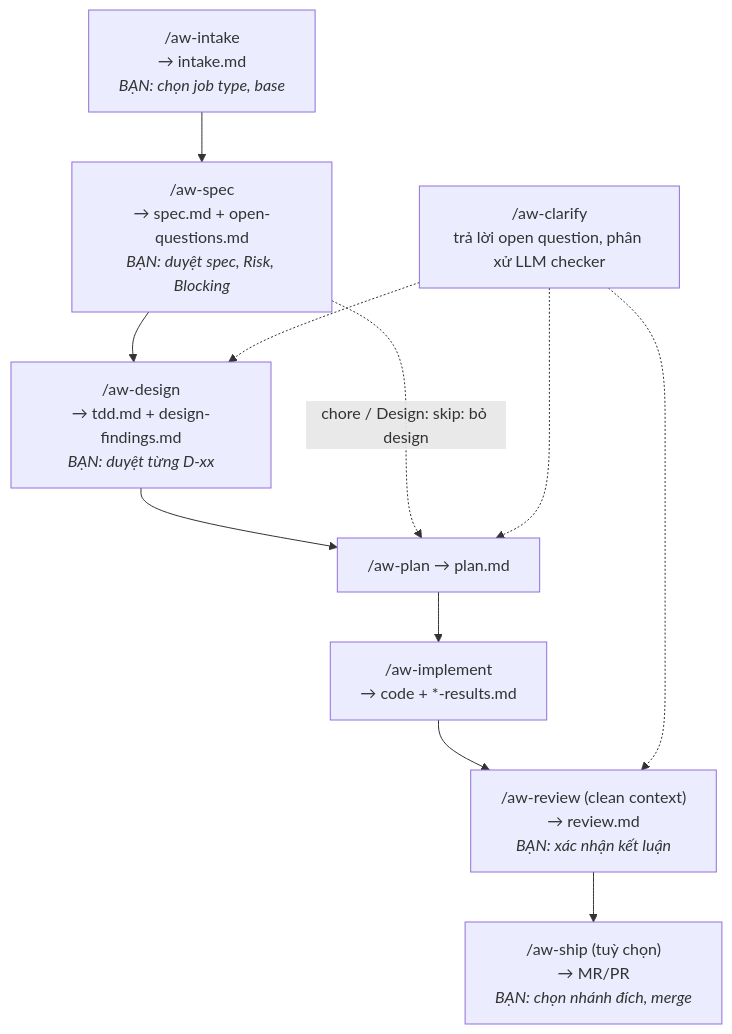
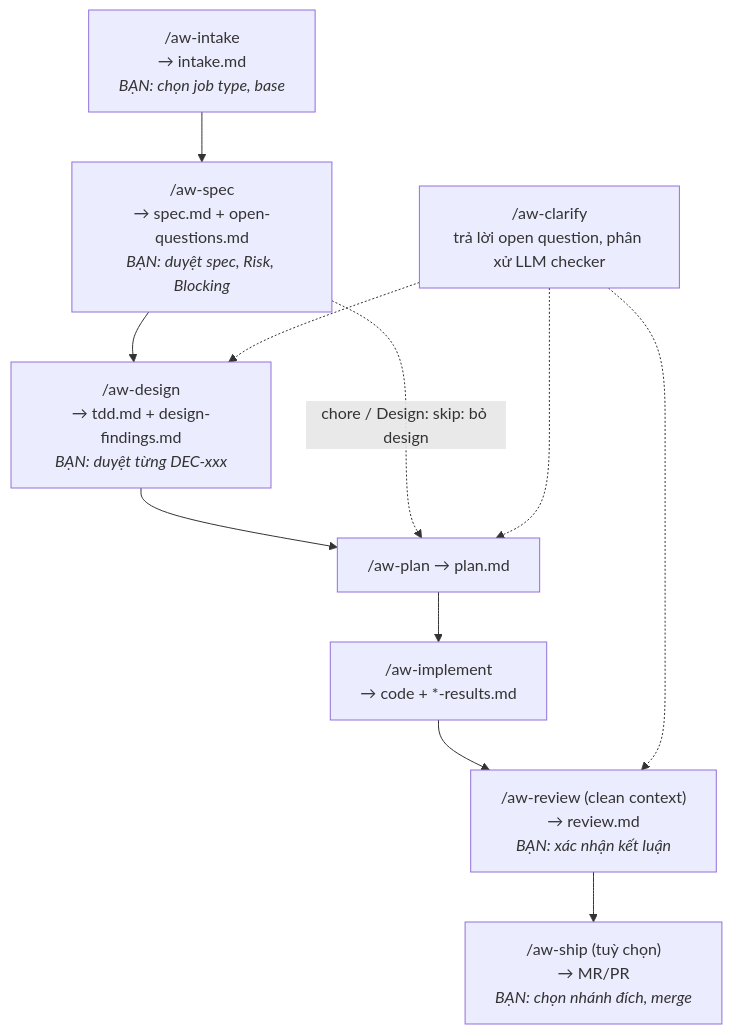
The diagram in docs/huong-dan.md (dangminhphuc/agent-workflow), drawn with Mermaid before and after one commit. The commit also changed other lines of this file and 58 other files, not shown here.

````diff
--- a/docs/huong-dan.md
+++ b/docs/huong-dan.md
@@ -75,17 +75,17 @@
 ```mermaid
 flowchart TD
     INTAKE["/aw-intake<br/>→ intake.md<br/><i>BẠN: chọn job type, base</i>"]
     SPEC["/aw-spec<br/>→ spec.md + open-questions.md<br/><i>BẠN: duyệt spec, Risk, Blocking</i>"]
     CLARIFY["/aw-clarify<br/>trả lời open question, phân xử LLM checker"]
-    DESIGN["/aw-design<br/>→ tdd.md + design-findings.md<br/><i>BẠN: duyệt từng D-xx</i>"]
+    DESIGN["/aw-design<br/>→ tdd.md + design-findings.md<br/><i>BẠN: duyệt từng DEC-xxx</i>"]
     PLAN["/aw-plan → plan.md"]
     IMPL["/aw-implement<br/>→ code + *-results.md"]
     REVIEW["/aw-review (clean context)<br/>→ review.md<br/><i>BẠN: xác nhận kết luận</i>"]
     SHIP["/aw-ship (tuỳ chọn)<br/>→ MR/PR<br/><i>BẠN: chọn nhánh đích, merge</i>"]
 
     INTAKE --> SPEC --> DESIGN --> PLAN --> IMPL --> REVIEW --> SHIP
     SPEC -. "chore / Design: skip: bỏ design" .-> PLAN
     CLARIFY -.-> DESIGN
     CLARIFY -.-> PLAN
     CLARIFY -.-> REVIEW
 ```
````
